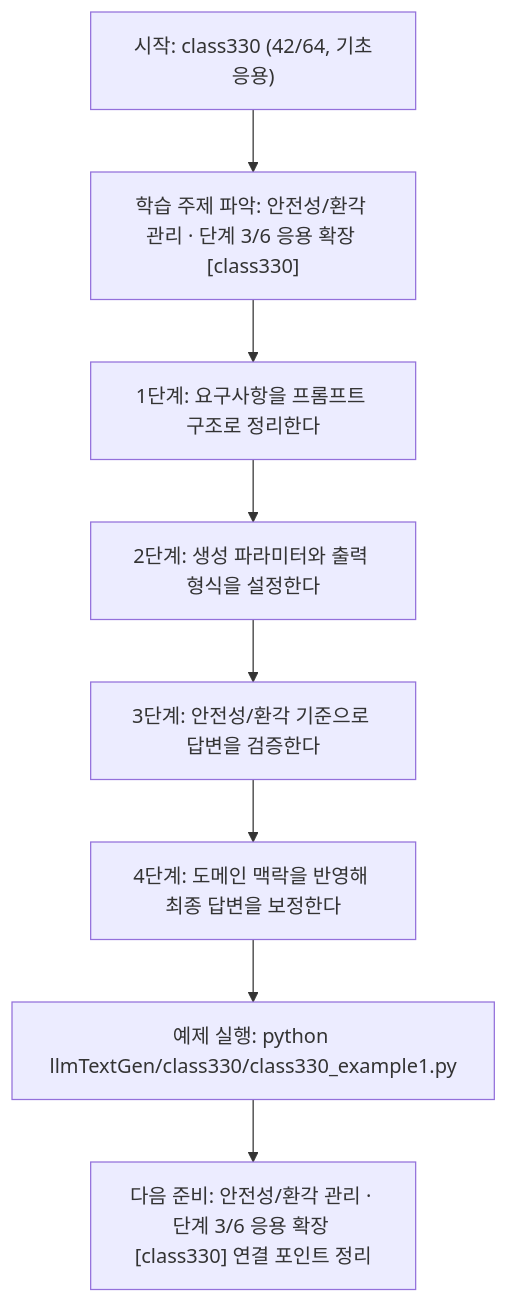
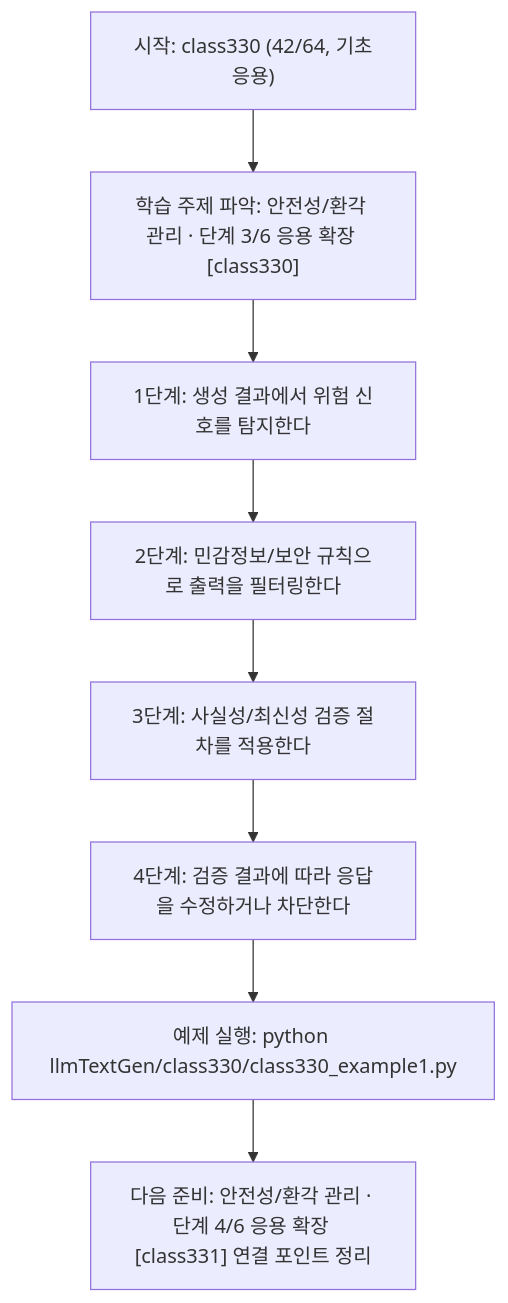
The diagram in llmTextGen/class330/class330.md (edumgt/Python-AI_Agent-Class), drawn with Mermaid before and after one commit. The commit also changed other lines of this file and 451 other files, not shown here.

````diff
--- a/llmTextGen/class330/class330.md
+++ b/llmTextGen/class330/class330.md
@@ -114,18 +95,18 @@
 ```mermaid
 flowchart TD
 N1["시작: class330 (42/64, 기초응용)"]
 N2["학습 주제 파악: 안전성/환각 관리 · 단계 3/6 응용 확장 [class330]"]
-N3["1단계: 요구사항을 프롬프트 구조로 정리한다"]
-N4["2단계: 생성 파라미터와 출력 형식을 설정한다"]
-N5["3단계: 안전성/환각 기준으로 답변을 검증한다"]
-N6["4단계: 도메인 맥락을 반영해 최종 답변을 보정한다"]
+N3["1단계: 생성 결과에서 위험 신호를 탐지한다"]
+N4["2단계: 민감정보/보안 규칙으로 출력을 필터링한다"]
+N5["3단계: 사실성/최신성 검증 절차를 적용한다"]
+N6["4단계: 검증 결과에 따라 응답을 수정하거나 차단한다"]
 N7["예제 실행: python llmTextGen/class330/class330_example1.py"]
-N8["다음 준비: 안전성/환각 관리 · 단계 3/6 응용 확장 [class330] 연결 포인트 정리"]
+N8["다음 준비: 안전성/환각 관리 · 단계 4/6 응용 확장 [class331] 연결 포인트 정리"]
 N1 --> N2
 N2 --> N3
 N3 --> N4
 N4 --> N5
 N5 --> N6
 N6 --> N7
 N7 --> N8
 ```
````
